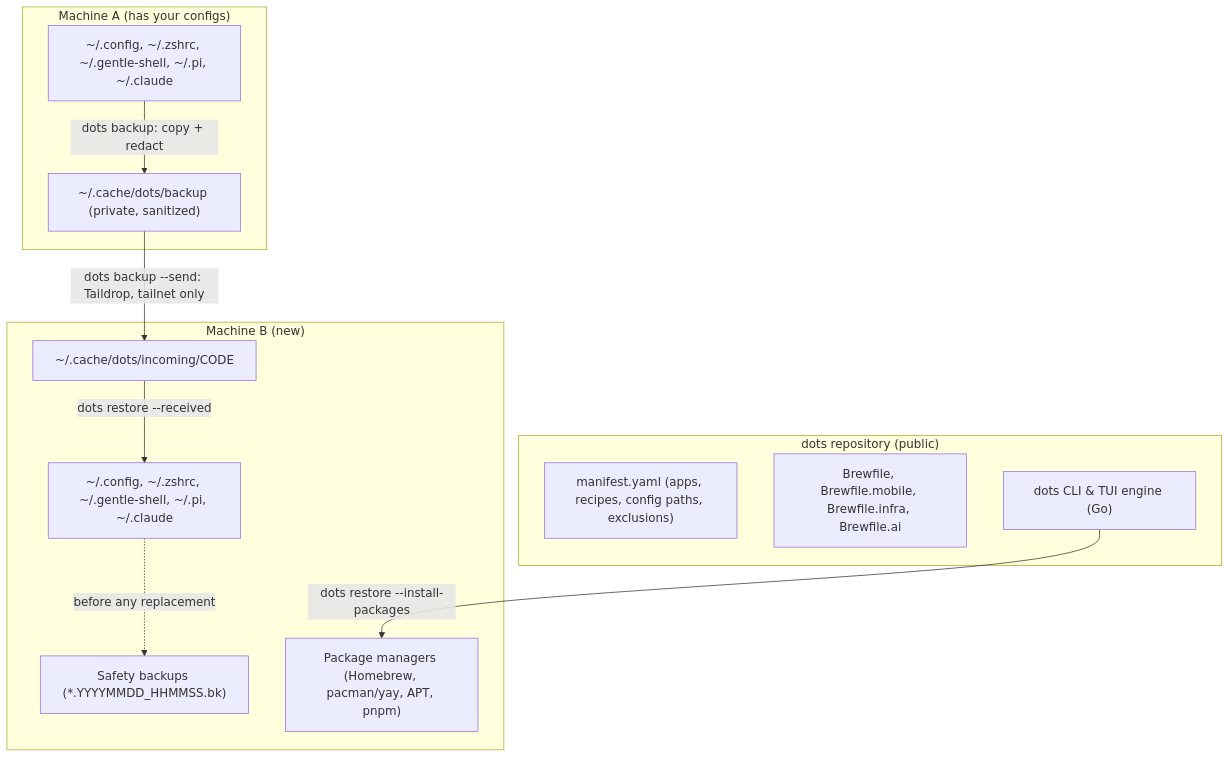
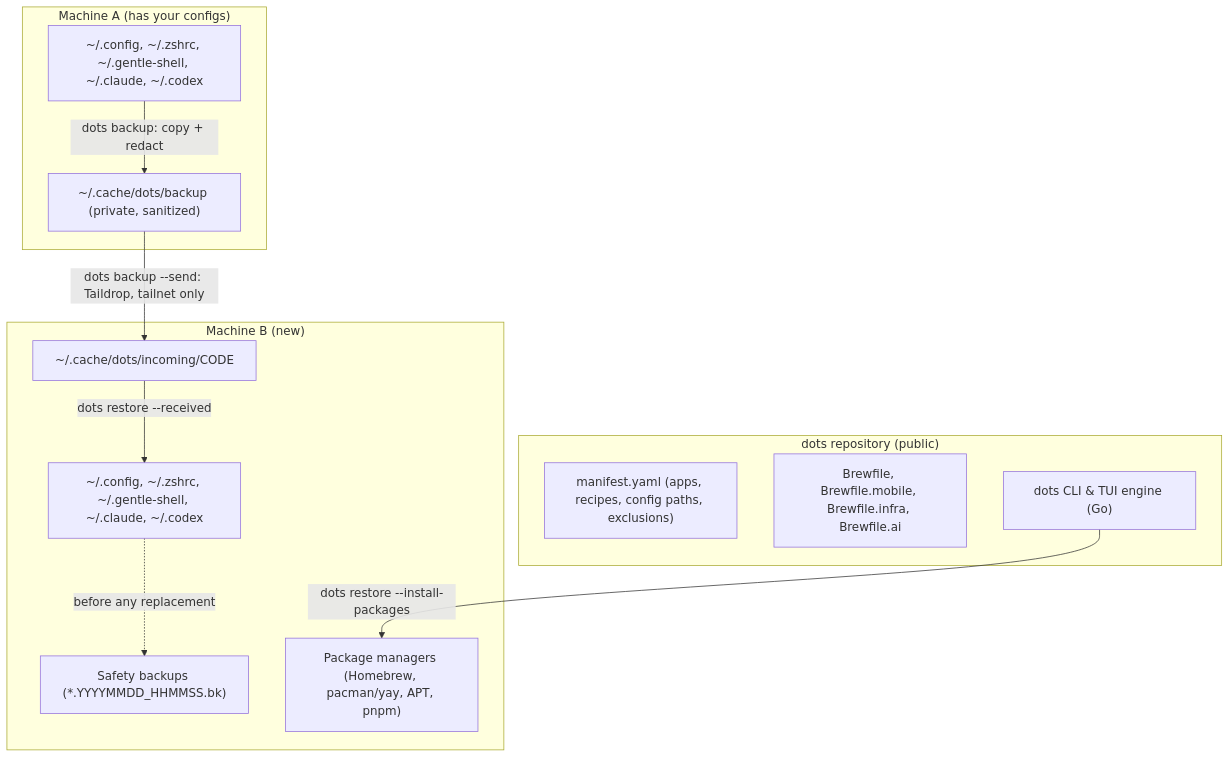
Before and after one commit to kevnnard/dots: the diagram in README.md, drawn with Mermaid. The commit also changed other lines of this file and 41 other files, not shown here.

````diff
--- a/README.md
+++ b/README.md
@@ -82,26 +82,26 @@
 ```mermaid
 flowchart TD
     subgraph Repo["dots repository (public)"]
         Manifest["manifest.yaml (apps, recipes, config paths, exclusions)"]
         Brewfiles["Brewfile, Brewfile.mobile, Brewfile.infra, Brewfile.ai"]
         Binary["dots CLI & TUI engine (Go)"]
     end
 
     subgraph Mac["Machine A (has your configs)"]
-        HomeA["~/.config, ~/.zshrc, ~/.gentle-shell, ~/.pi, ~/.claude"]
+        HomeA["~/.config, ~/.zshrc, ~/.gentle-shell, ~/.claude, ~/.codex"]
         Stage["~/.cache/dots/backup (private, sanitized)"]
     end
 
     subgraph Linux["Machine B (new)"]
         Incoming["~/.cache/dots/incoming/CODE"]
-        HomeB["~/.config, ~/.zshrc, ~/.gentle-shell, ~/.pi, ~/.claude"]
+        HomeB["~/.config, ~/.zshrc, ~/.gentle-shell, ~/.claude, ~/.codex"]
         SafetyBackup["Safety backups (*.YYYYMMDD_HHMMSS.bk)"]
         PkgMgr["Package managers (Homebrew, pacman/yay, APT, pnpm)"]
     end
 
     Binary -->|dots restore --install-packages| PkgMgr
     HomeA -->|dots backup: copy + redact| Stage
     Stage -->|dots backup --send: Taildrop, tailnet only| Incoming
     Incoming -->|dots restore --received| HomeB
     HomeB -.->|before any replacement| SafetyBackup
 ```
````
